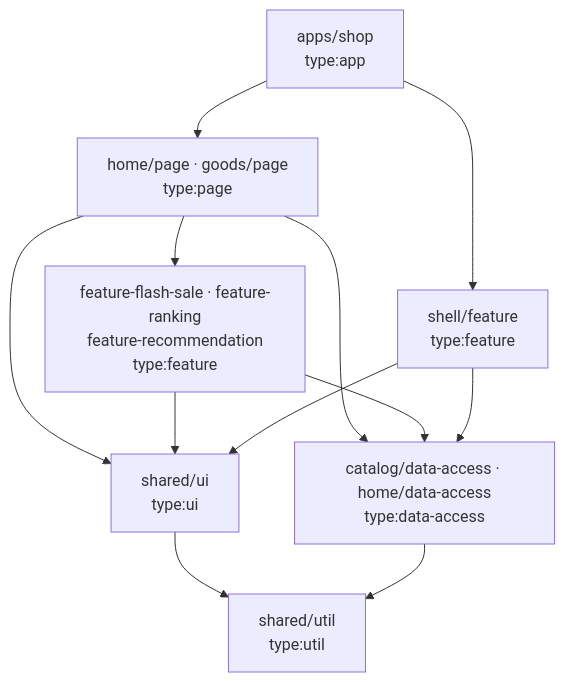
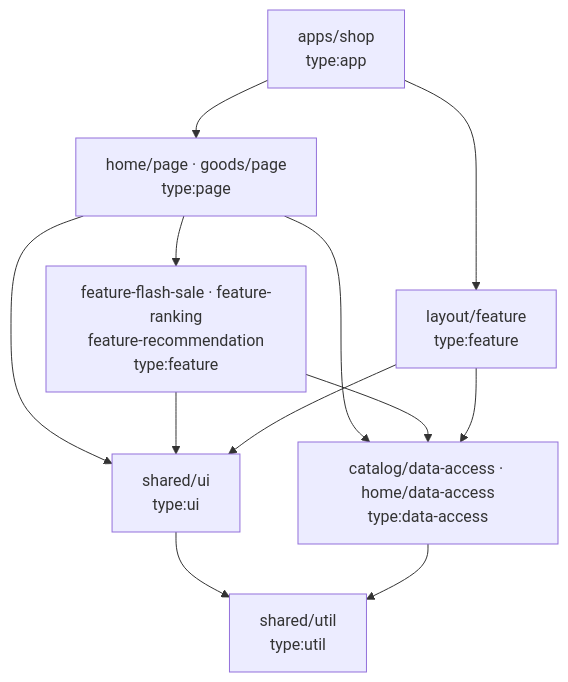
Before and after one commit to zach0627/momo-shop-work: the diagram in docs/MoMO面試/Phase 1 —  Design and Planning.md, drawn with Mermaid. The commit also changed other lines of this file and 3 other files, not shown here.

````diff
--- a/docs/MoMO面試/Phase 1 —  Design and Planning.md
+++ b/docs/MoMO面試/Phase 1 —  Design and Planning.md
@@ -129,14 +131,14 @@
 ```mermaid
 graph TD
   APP[apps/shop<br/>type:app] --> PAGE[home/page · goods/page<br/>type:page]
-  APP --> SHELL[shell/feature<br/>type:feature]
+  APP --> LAYOUT[layout/feature<br/>type:feature]
   PAGE --> FEAT[feature-flash-sale · feature-ranking<br/>feature-recommendation<br/>type:feature]
   PAGE --> UI
   PAGE --> DA
   FEAT --> UI[shared/ui<br/>type:ui]
   FEAT --> DA[catalog/data-access · home/data-access<br/>type:data-access]
-  SHELL --> UI
-  SHELL --> DA
+  LAYOUT --> UI
+  LAYOUT --> DA
   UI --> UTIL[shared/util<br/>type:util]
   DA --> UTIL
 ```
````
